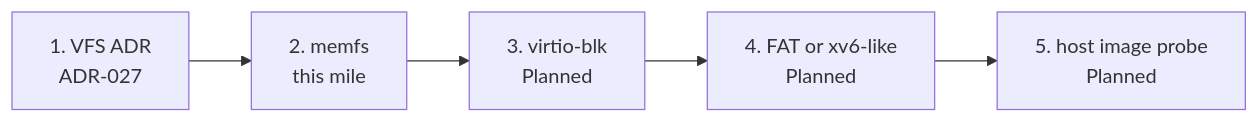
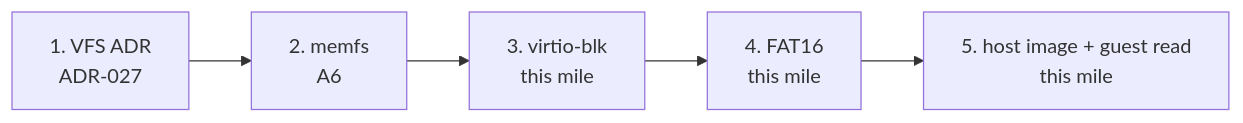
One commit to artofdream/ctos changed the diagram in docs/overview/filesystem.md. Above: the diagram before and after it, drawn with Mermaid. The commit also changed other lines of this file and 32 other files, not shown here.

First line of the commit message:
A7: virtio-blk + FAT16 behind the thin VFS (ADR-028) (#57)

````diff
--- a/docs/overview/filesystem.md
+++ b/docs/overview/filesystem.md
@@ -27,7 +27,7 @@
 ```mermaid
 flowchart LR
-  V["1. VFS ADR<br/>ADR-027"] --> M["2. memfs<br/>this mile"]
-  M --> B["3. virtio-blk<br/>Planned"]
-  B --> F["4. FAT or xv6-like<br/>Planned"]
-  F --> H["5. host image probe<br/>Planned"]
+  V["1. VFS ADR<br/>ADR-027"] --> M["2. memfs<br/>A6"]
+  M --> B["3. virtio-blk<br/>this mile"]
+  B --> F["4. FAT16<br/>this mile"]
+  F --> H["5. host image + guest read<br/>this mile"]
 ```
````
